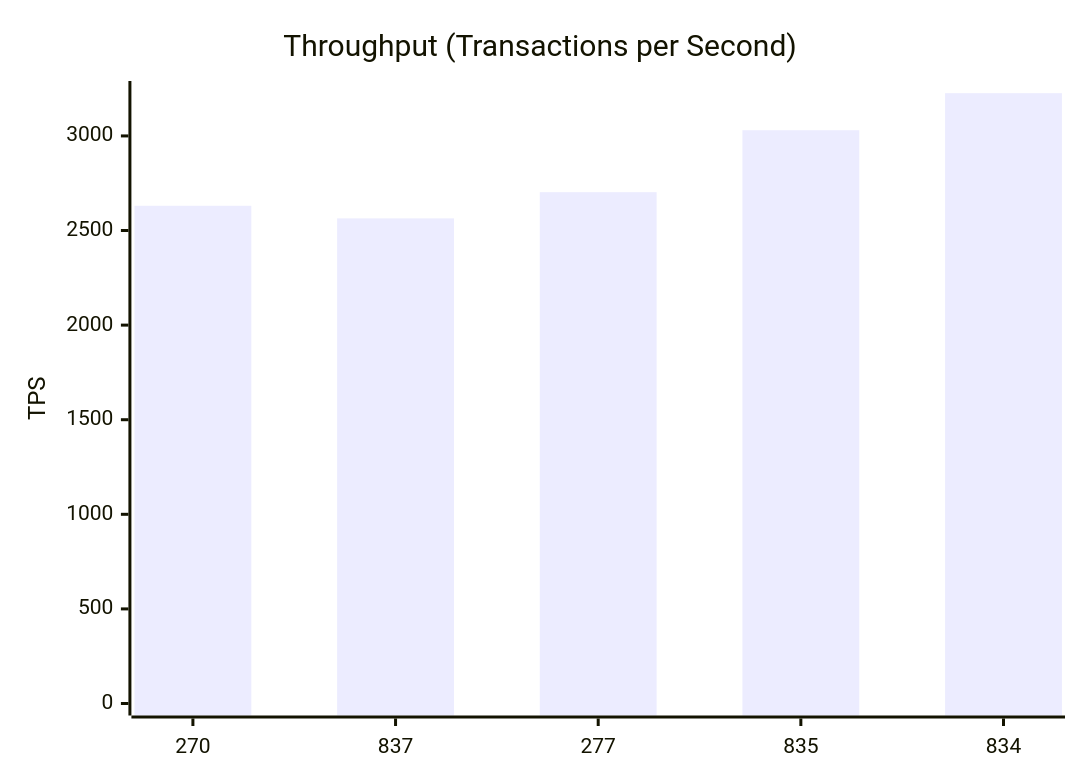
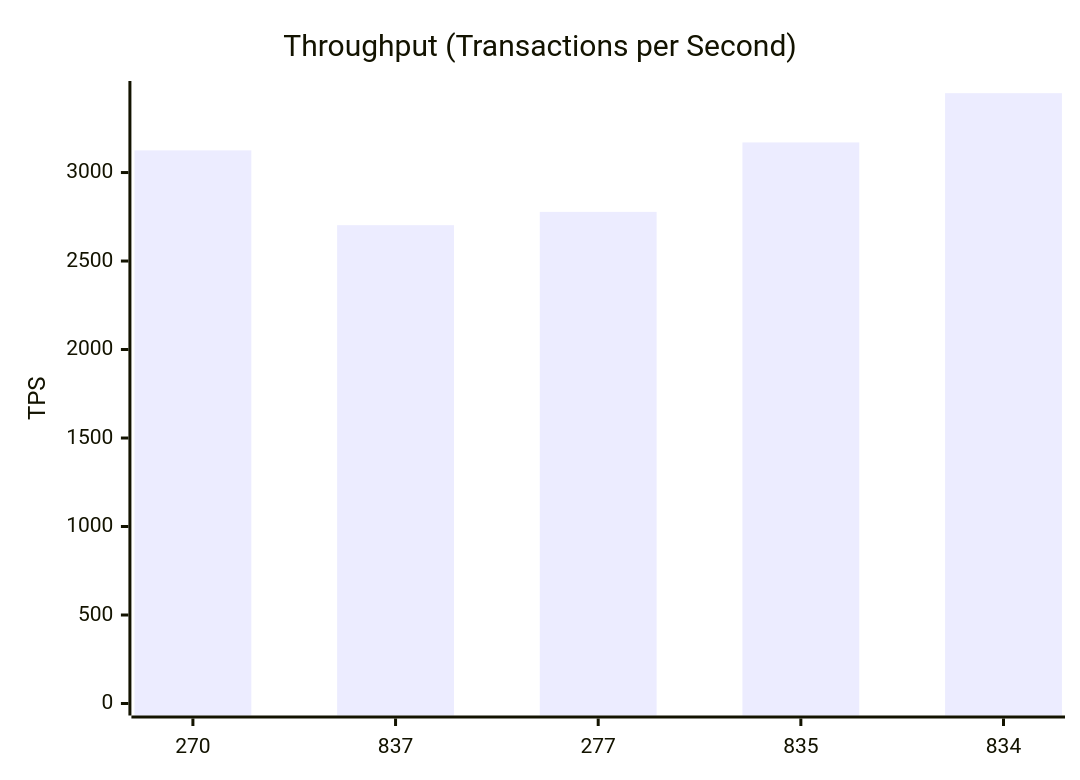
One commit to dhagan-va/intern-2025 changed the second of 10 diagrams in test-tools/DataGen/src/Statistics_Visualizer.md. Above: the diagram before and after it, drawn with Mermaid. The commit also changed other lines of this file and 1 other file, not shown here.

````diff
--- a/test-tools/DataGen/src/Statistics_Visualizer.md
+++ b/test-tools/DataGen/src/Statistics_Visualizer.md
@@ -30,7 +30,7 @@
 ```mermaid
 xychart-beta
     title "Throughput (Transactions per Second)"
     x-axis ["270", "837", "277", "835", "834"]
-    y-axis "TPS" 0 --> 3226.910513242363
-    bar [2630.8173949646152, 2564.234063285297, 2702.629658657874, 3030.2112057210384, 3225.910513242363]
+    y-axis "TPS" 0 --> 3449.394772233525
+    bar [3125.097659301853, 2702.702702702703, 2777.6234653630354, 3170.074496750674, 3448.394772233525]
 ```
````
